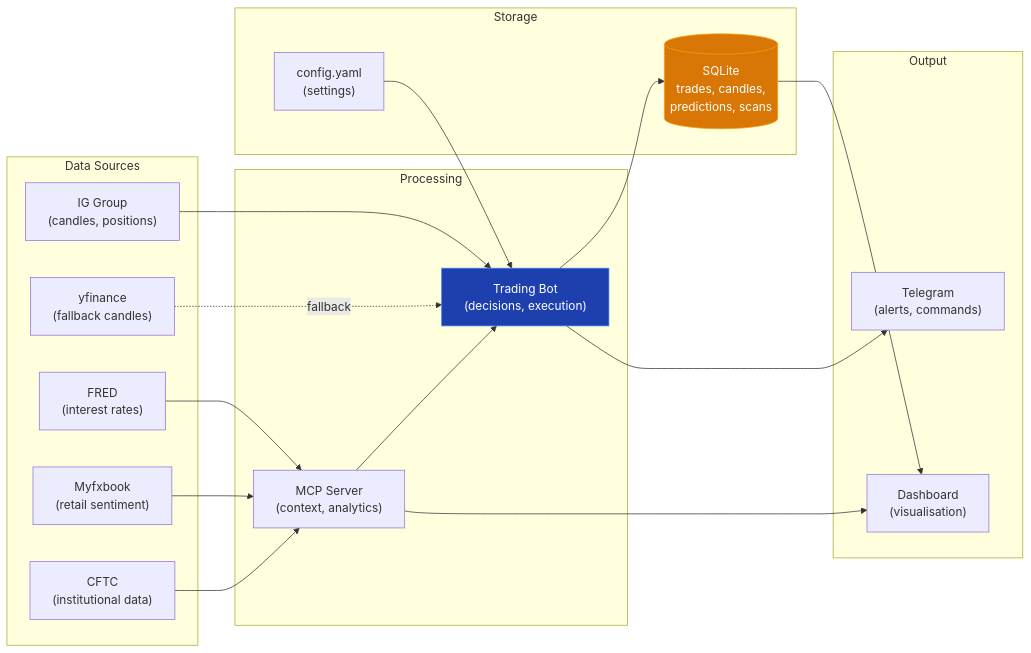
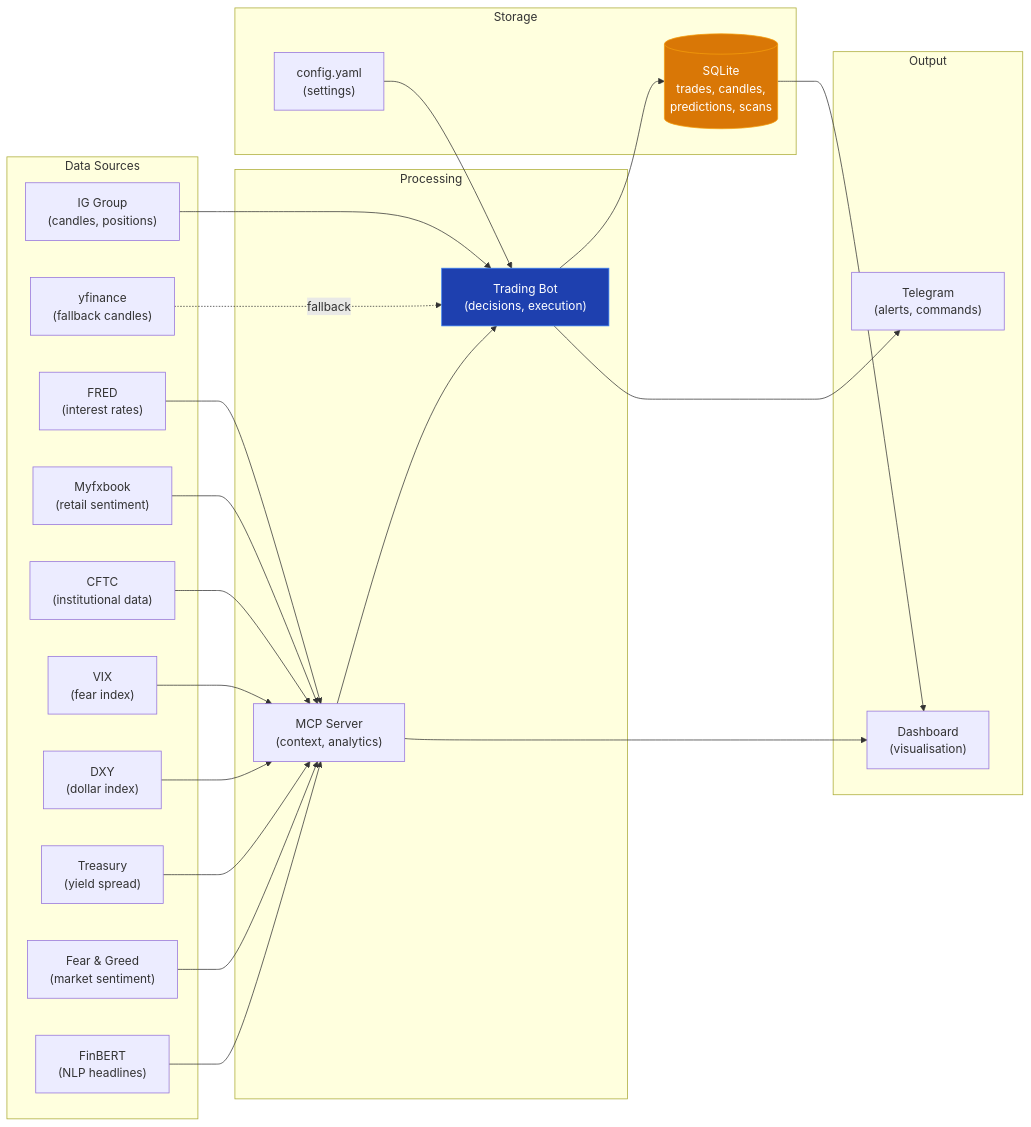
The ninth of 11 diagrams in docs/ARCHITECTURE.md (joegooderham/ai-trader-bot), drawn with Mermaid before and after one commit. The commit also changed other lines of this file and 8 other files, not shown here.

First line of the commit message:
docs: update all documentation for 14 data sources, FinBERT, VIX/DXY/yield

````diff
--- a/docs/ARCHITECTURE.md
+++ b/docs/ARCHITECTURE.md
@@ -311,38 +330,43 @@
 ```mermaid
 flowchart LR
     subgraph Sources["Data Sources"]
         IG["IG Group<br/>(candles, positions)"]
         YF["yfinance<br/>(fallback candles)"]
         FRED_D["FRED<br/>(interest rates)"]
         MFX_D["Myfxbook<br/>(retail sentiment)"]
         COT_D["CFTC<br/>(institutional data)"]
+        VIX_D["VIX<br/>(fear index)"]
+        DXY_D["DXY<br/>(dollar index)"]
+        YIELD_D["Treasury<br/>(yield spread)"]
+        FNG_D["Fear & Greed<br/>(market sentiment)"]
+        FINBERT_D["FinBERT<br/>(NLP headlines)"]
     end
 
     subgraph Processing["Processing"]
         BOT_D["Trading Bot<br/>(decisions, execution)"]
         MCP_D["MCP Server<br/>(context, analytics)"]
     end
 
     subgraph Storage_D["Storage"]
         DB_D[("SQLite<br/>trades, candles,<br/>predictions, scans")]
         YAML["config.yaml<br/>(settings)"]
     end
 
     subgraph Output["Output"]
         TG_D["Telegram<br/>(alerts, commands)"]
         DASH_D["Dashboard<br/>(visualisation)"]
     end
 
     IG --> BOT_D
     YF -.->|fallback| BOT_D
-    FRED_D & MFX_D & COT_D --> MCP_D
+    FRED_D & MFX_D & COT_D & VIX_D & DXY_D & YIELD_D & FNG_D & FINBERT_D --> MCP_D
     MCP_D --> BOT_D
     BOT_D --> DB_D
     BOT_D --> TG_D
     DB_D --> DASH_D
     MCP_D --> DASH_D
     YAML --> BOT_D
 
     style BOT_D fill:#1e40af,stroke:#3b82f6,color:#fff
     style DB_D fill:#d97706,stroke:#f59e0b,color:#fff
 ```
````
